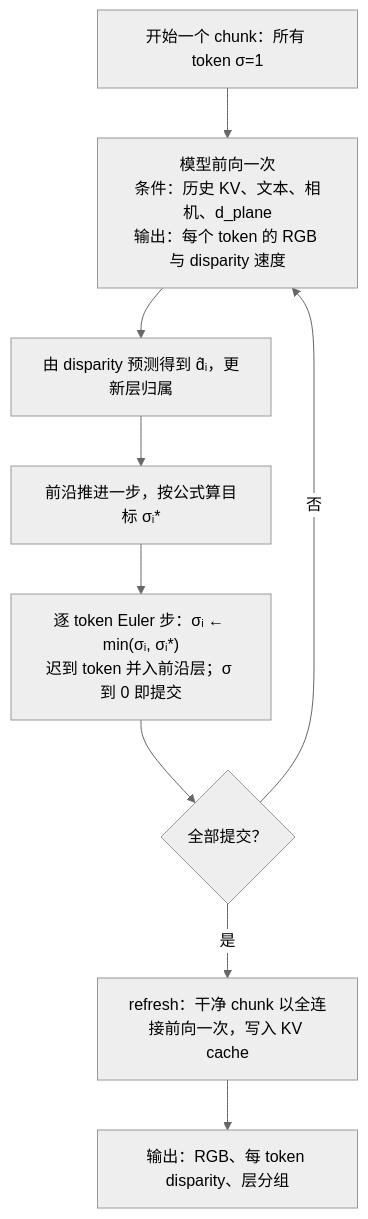
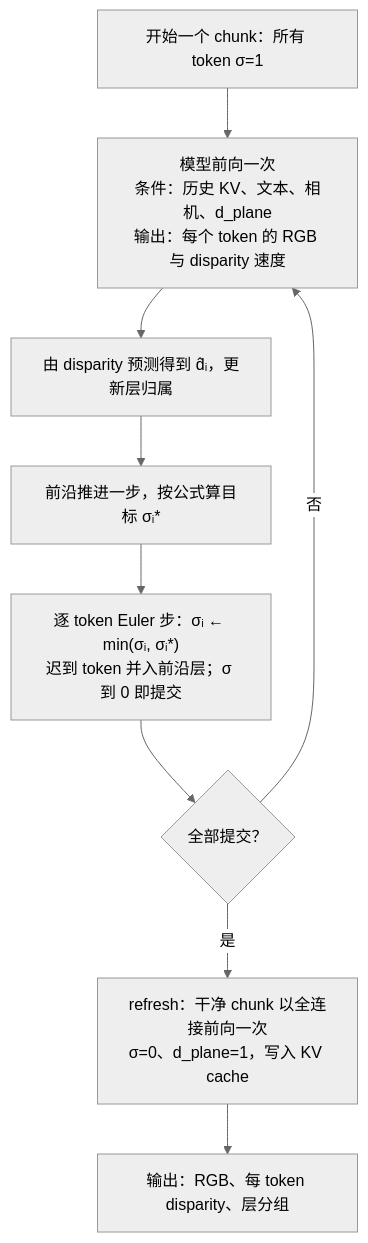
Before and after one commit to legallchaperone/WaveFront: the third of 3 diagrams in docs/WaveFront_Proposal.md, drawn with Mermaid (neutral theme). The commit also changed other lines of this file and 1 other file, not shown here.

First line of the commit message:
docs(proposal): specify d_plane embedding and clean-token convention

````diff
--- a/docs/WaveFront_Proposal.md
+++ b/docs/WaveFront_Proposal.md
@@ -239,11 +268,11 @@
 ```mermaid
 flowchart TD
     A["开始一个 chunk：所有 token σ=1"] --> B["模型前向一次<br/>条件：历史 KV、文本、相机、d_plane<br/>输出：每个 token 的 RGB 与 disparity 速度"]
     B --> C["由 disparity 预测得到 d̂ᵢ，更新层归属"]
     C --> D["前沿推进一步，按公式算目标 σᵢ*"]
     D --> E["逐 token Euler 步：σᵢ ← min(σᵢ, σᵢ*)<br/>迟到 token 并入前沿层；σ 到 0 即提交"]
     E --> F{"全部提交？"}
     F -- 否 --> B
-    F -- 是 --> G["refresh：干净 chunk 以全连接前向一次，写入 KV cache"]
+    F -- 是 --> G["refresh：干净 chunk 以全连接前向一次<br/>σ=0、d_plane=1，写入 KV cache"]
     G --> H["输出：RGB、每 token disparity、层分组"]
 ```
````
